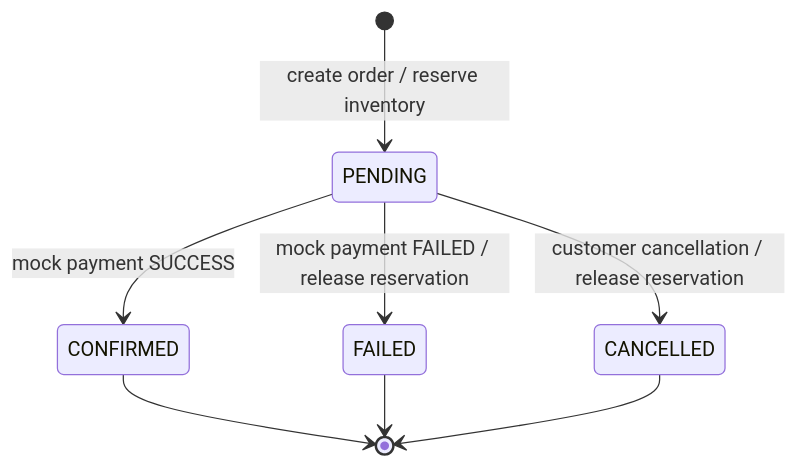
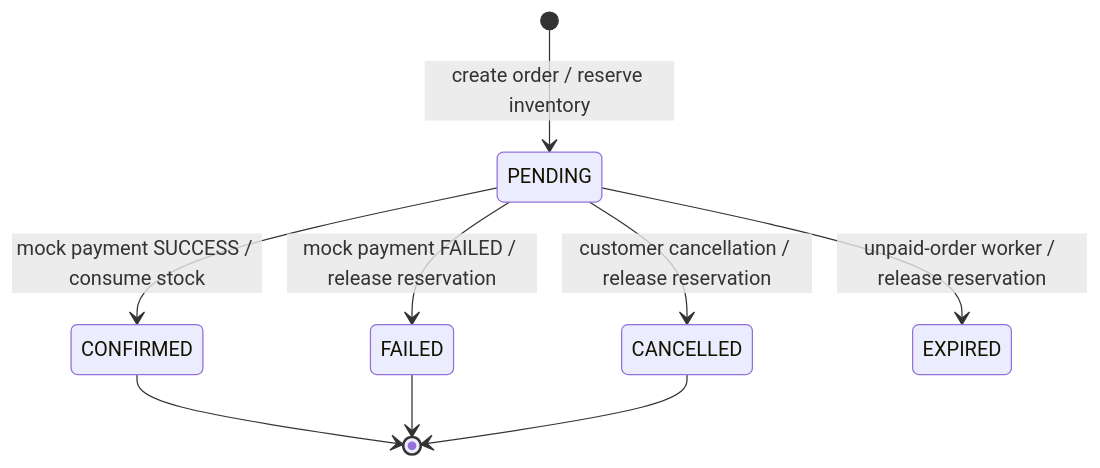
One commit to manmohansharma21/orderflow changed the third of 3 diagrams in README.md. Above: the diagram before and after it, drawn with Mermaid. The commit also changed other lines of this file and 45 other files, not shown here.

````diff
--- a/README.md
+++ b/README.md
@@ -65,10 +65,11 @@
 ```mermaid
 stateDiagram-v2
     [*] --> PENDING: create order / reserve inventory
-    PENDING --> CONFIRMED: mock payment SUCCESS
+    PENDING --> CONFIRMED: mock payment SUCCESS / consume stock
     PENDING --> FAILED: mock payment FAILED / release reservation
     PENDING --> CANCELLED: customer cancellation / release reservation
+    PENDING --> EXPIRED: unpaid-order worker / release reservation
     CONFIRMED --> [*]
     FAILED --> [*]
     CANCELLED --> [*]
 ```
````
